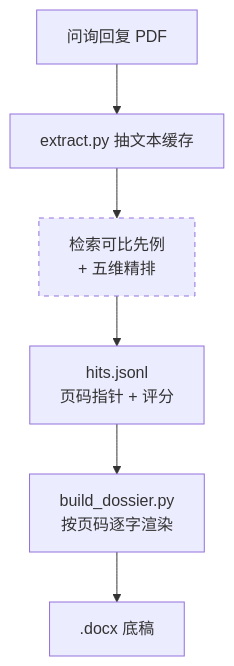
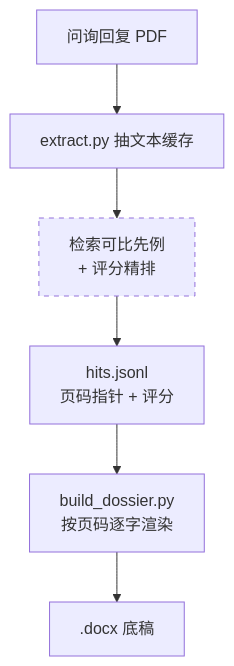
Before and after one commit to hhaa134323/ipo-inquiry-dossier: the diagram in README.md, drawn with Mermaid. The commit also changed other lines of this file, not shown here.

````diff
--- a/README.md
+++ b/README.md
@@ -126,10 +126,10 @@
 ```mermaid
 flowchart TD
     A["问询回复 PDF"] --> B["extract.py 抽文本缓存"]
-    B --> C["检索可比先例<br>+ 五维精排"]
+    B --> C["检索可比先例<br>+ 评分精排"]
     C --> D["hits.jsonl<br>页码指针 + 评分"]
     D --> E["build_dossier.py<br>按页码逐字渲染"]
     E --> F[".docx 底稿"]
     classDef ai stroke-dasharray:5 5;
     class C ai;
 ```
````
